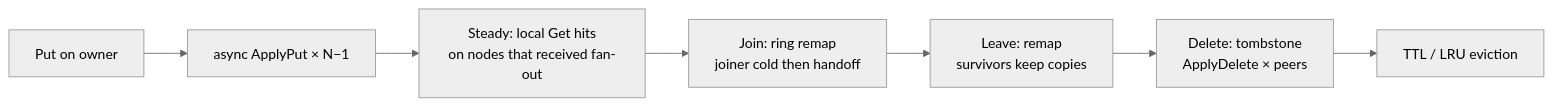
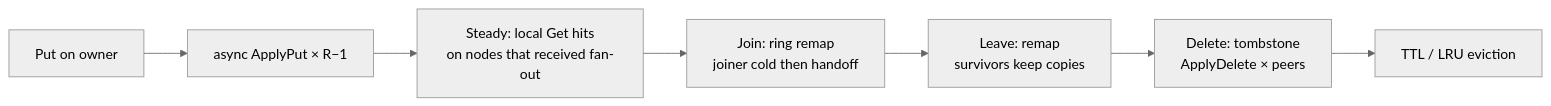
Before and after one commit to Code0987/supercache: diagram 17 of 18 in docs/CLUSTER_FLOWS.md, drawn with Mermaid (neutral theme). The commit also changed other lines of this file and 17 other files, not shown here.

````diff
--- a/docs/CLUSTER_FLOWS.md
+++ b/docs/CLUSTER_FLOWS.md
@@ -364,9 +364,9 @@
 ```mermaid
 flowchart LR
-  P0["Put on owner"] --> P1["async ApplyPut × N−1"]
+  P0["Put on owner"] --> P1["async ApplyPut × R−1"]
   P1 --> P2["Steady: local Get hits<br/>on nodes that received fan-out"]
   P2 --> P3["Join: ring remap<br/>joiner cold then handoff"]
   P3 --> P4["Leave: remap<br/>survivors keep copies"]
   P4 --> P5["Delete: tombstone<br/>ApplyDelete × peers"]
   P5 --> P6["TTL / LRU eviction"]
 ```
````
